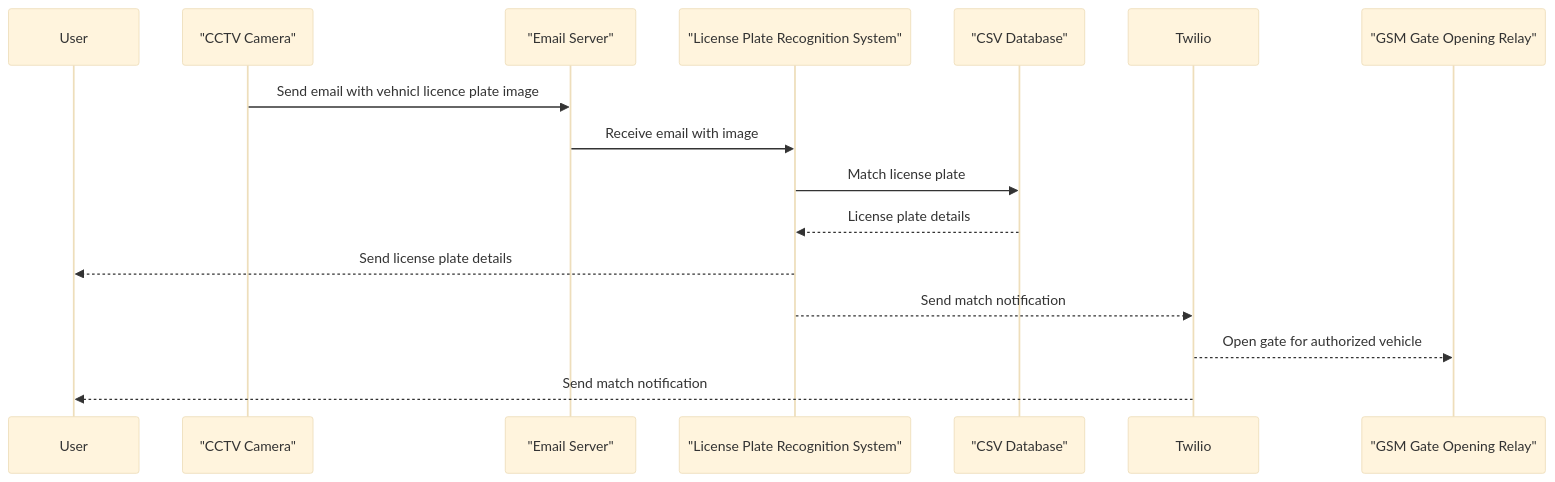
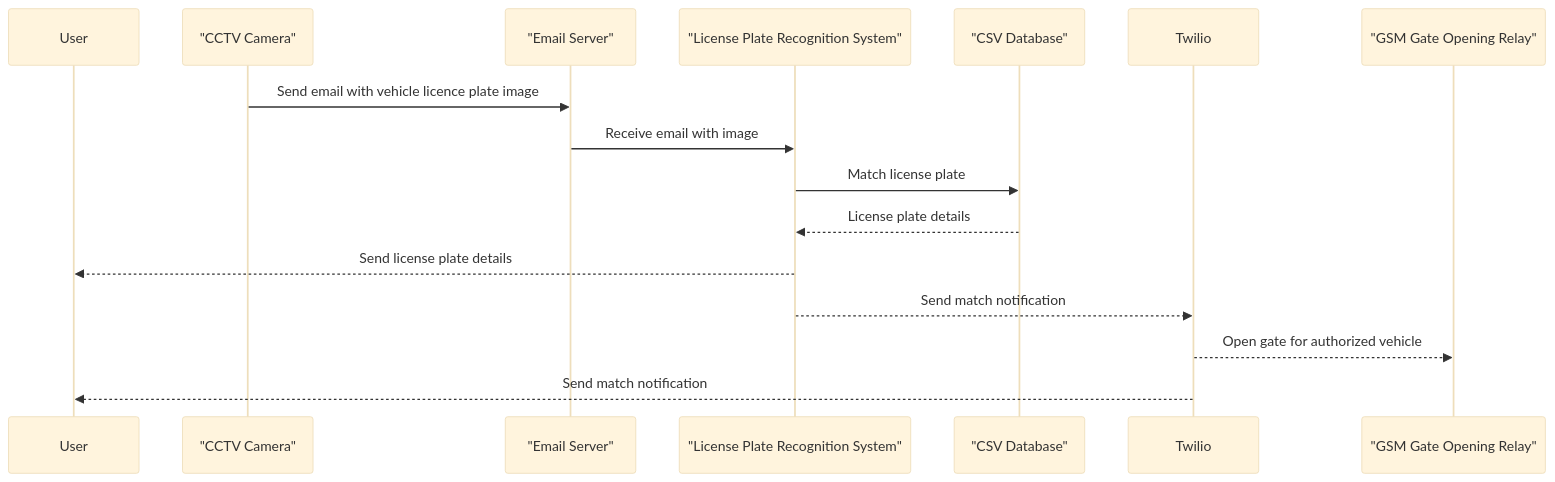
Before and after one commit to ciaran-finnegan/License-Plate-Recognition-Notifier: the diagram in README.md, drawn with Mermaid (base theme).

````diff
--- a/README.md
+++ b/README.md
@@ -9,19 +9,19 @@
 ```mermaid
 sequenceDiagram
     participant User
     participant Camera as "CCTV Camera"
     participant EmailServer as "Email Server"
     participant PlateRecognizer as "License Plate Recognition System"
     participant Database as "CSV Database"
     participant Twilio
     participant GateRelay as "GSM Gate Opening Relay"
 
-    Camera ->> EmailServer: Send email with vehnicl licence plate image
+    Camera ->> EmailServer: Send email with vehicle licence plate image
     EmailServer ->> PlateRecognizer: Receive email with image
     PlateRecognizer ->> Database: Match license plate
     Database -->> PlateRecognizer: License plate details
     PlateRecognizer -->> User: Send license plate details
     PlateRecognizer -->> Twilio: Send match notification
     Twilio -->> GateRelay: Open gate for authorized vehicle
     Twilio -->> User: Send match notification
 ```
````
